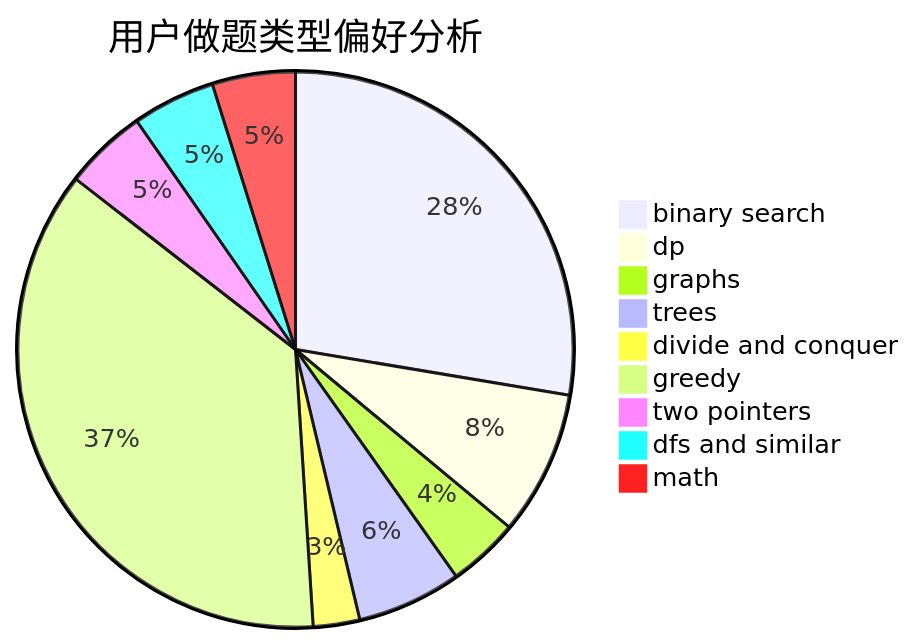
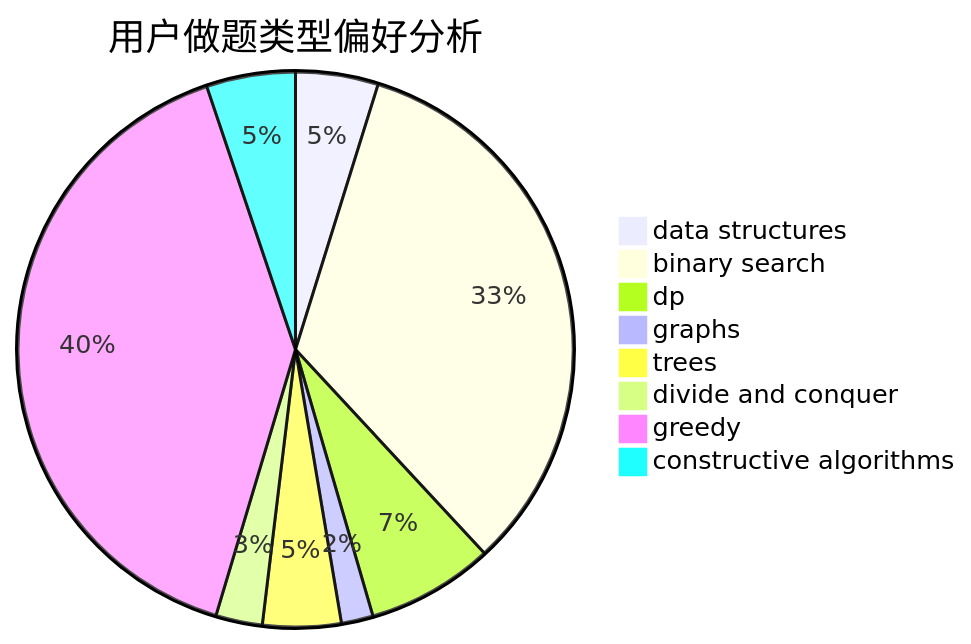
The second of 3 diagrams in docs/user/u2591.md (sherpahu/cfrs.github.io), drawn with Mermaid before and after one commit. The commit also changed other lines of this file and 2775 other files, not shown here.

````diff
--- a/docs/user/u2591.md
+++ b/docs/user/u2591.md
@@ -23,12 +23,11 @@
 ```mermaid
 pie title 用户做题类型偏好分析
-    "binary search" :  286
-    "dp" :  87
-    "graphs" :  43
-    "trees" :  63
-    "divide and conquer" :  28
-    "greedy" :  378
-    "two pointers" :  50
-    "dfs and similar" :  50
-    "math" :  50
+    "data structures" :  39
+    "binary search" :  270
+    "dp" :  60
+    "graphs" :  15
+    "trees" :  37
+    "divide and conquer" :  22
+    "greedy" :  326
+    "constructive algorithms" :  42
 ```
````
